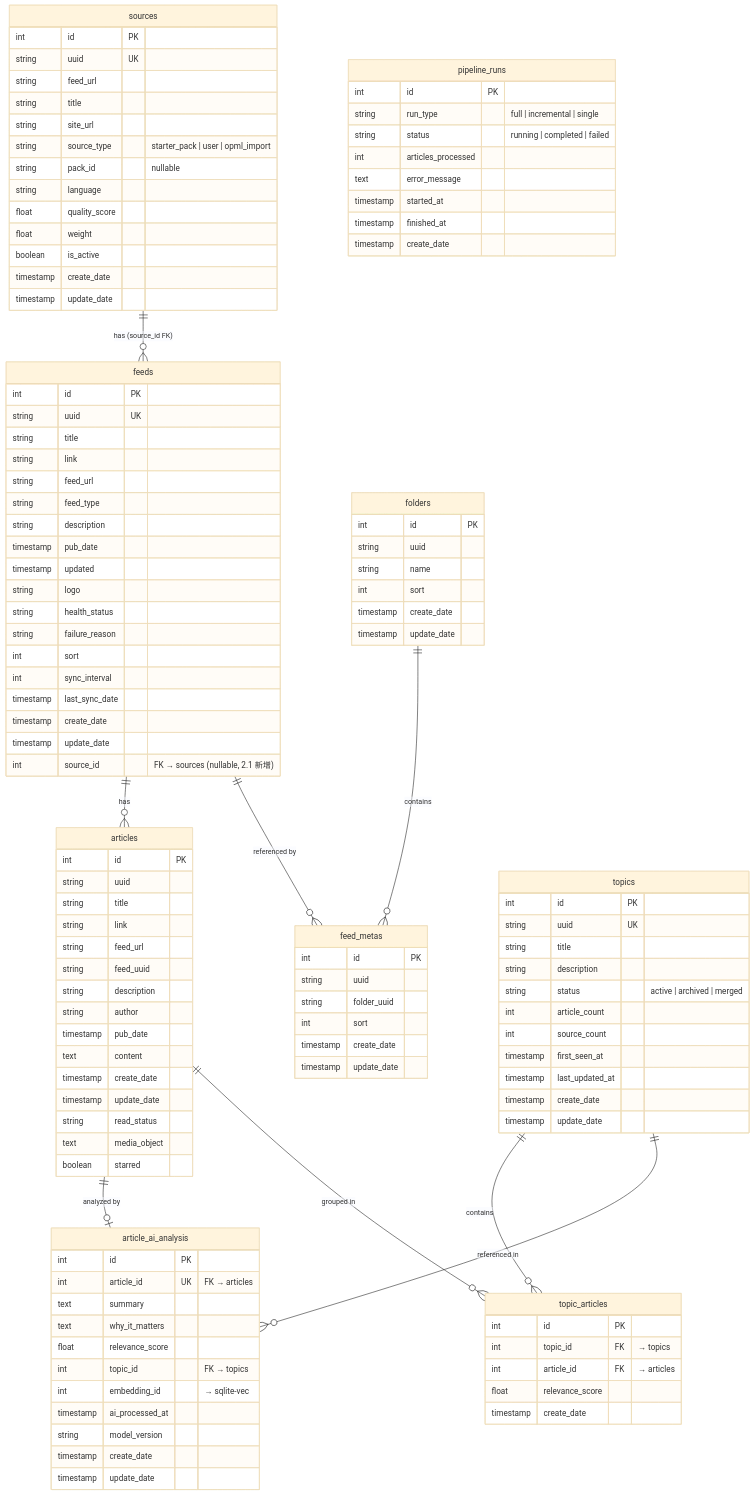
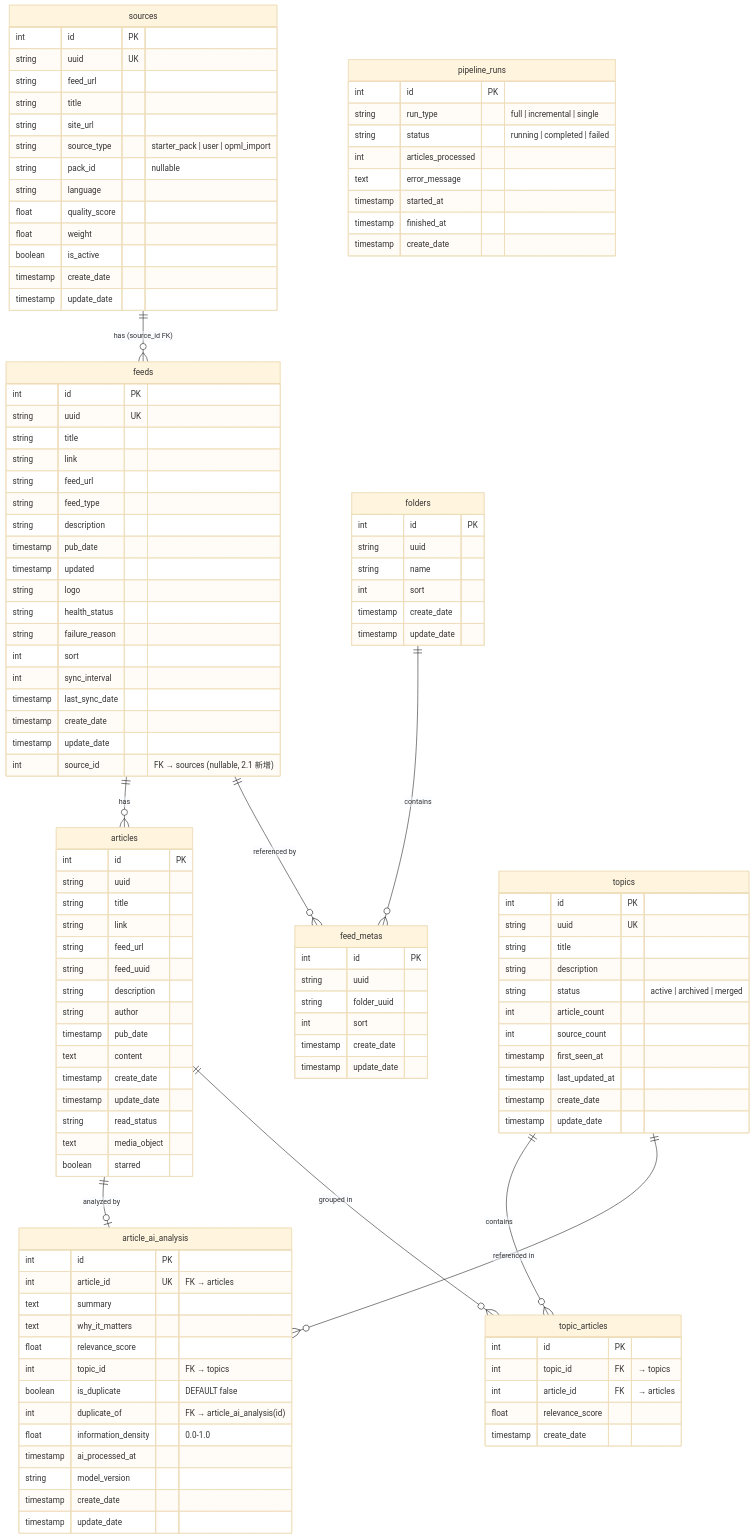
Before and after one commit to zhanglun/lettura: the ninth of 15 diagrams in prd/technical-architecture-v0.1.md, drawn with Mermaid (base theme). The commit also changed other lines of this file and 2 other files, not shown here.

```diff
--- a/prd/technical-architecture-v0.1.md
+++ b/prd/technical-architecture-v0.1.md
@@ -379,7 +380,9 @@
         text why_it_matters
         float relevance_score
         int topic_id "FK → topics"
-        int embedding_id "→ sqlite-vec"
+        boolean is_duplicate "DEFAULT false"
+        int duplicate_of "FK → article_ai_analysis(id)"
+        float information_density "0.0-1.0"
         timestamp ai_processed_at
         string model_version
         timestamp create_date
```
